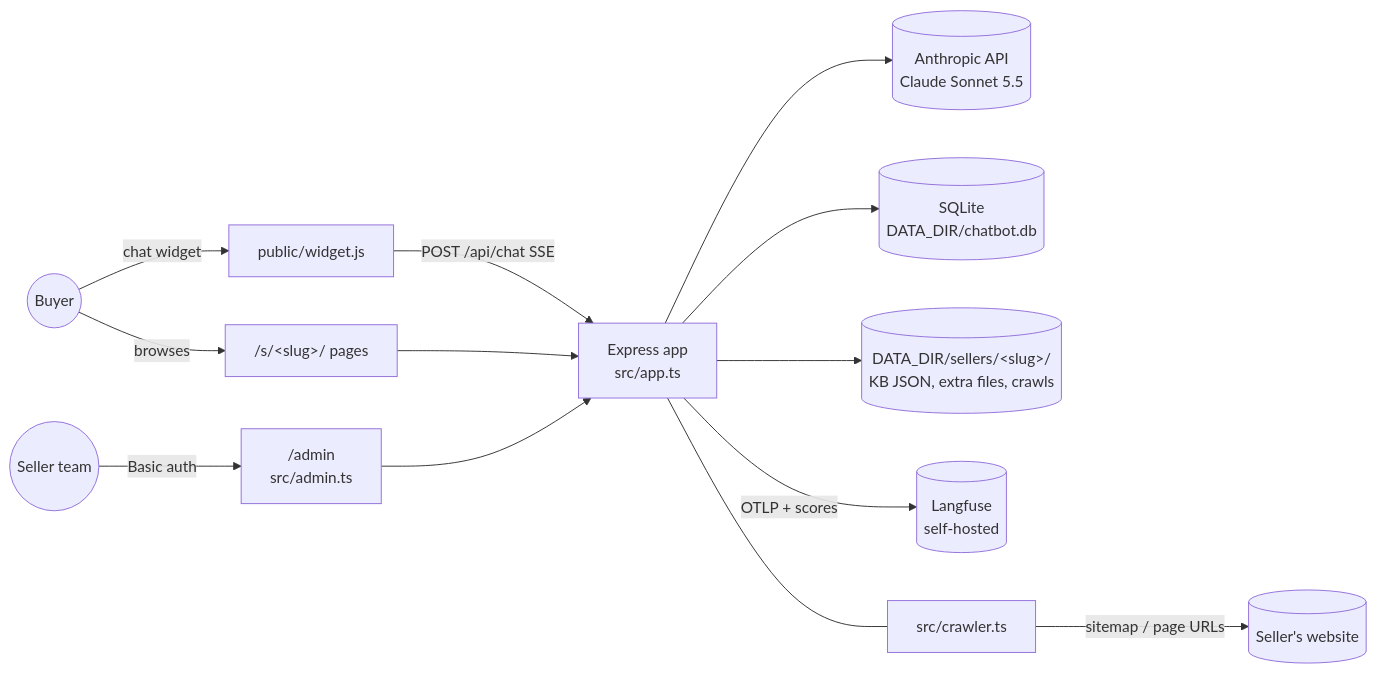
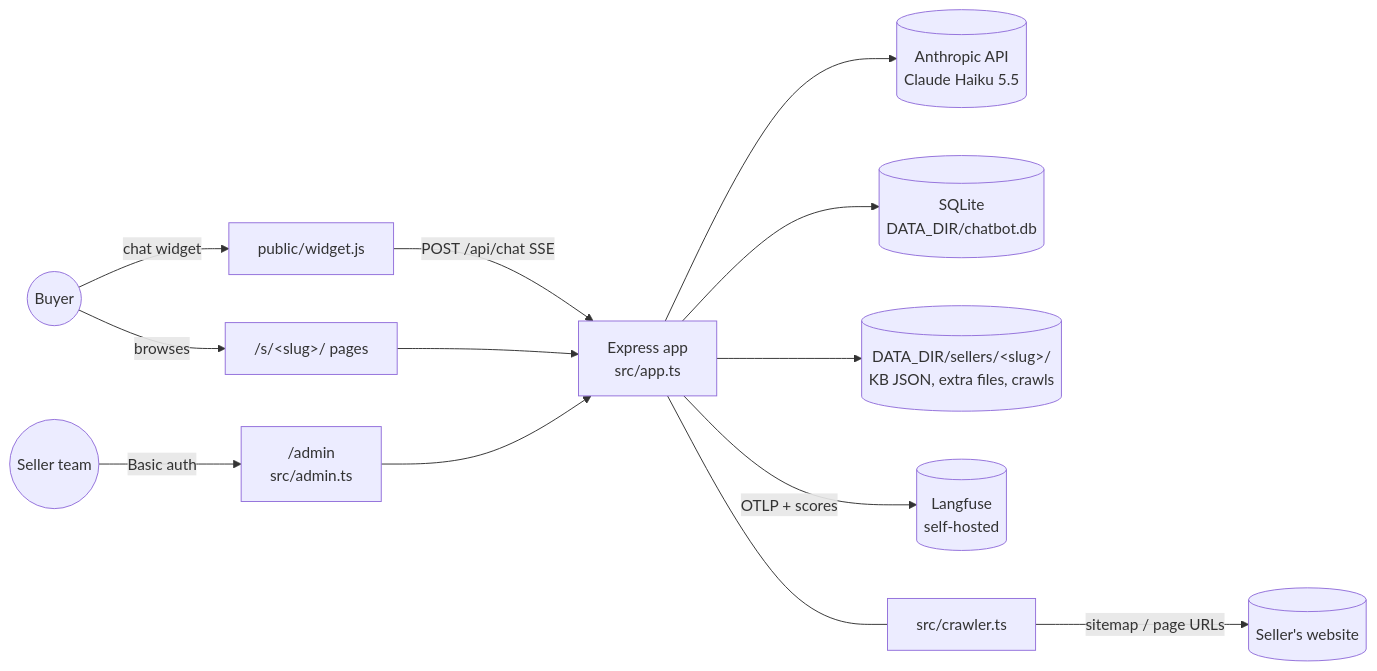
The first of 5 diagrams in docs/ARCHITECTURE.md (nitinsinghbalyan/chat-bot), drawn with Mermaid before and after one commit. The commit also changed other lines of this file and 11 other files, not shown here.

First line of the commit message:
Bot model: Claude Haiku 5.5 instead of Sonnet 5.5

````diff
--- a/docs/ARCHITECTURE.md
+++ b/docs/ARCHITECTURE.md
@@ -17,15 +17,15 @@
 ```mermaid
 flowchart LR
   Buyer((Buyer)) -->|chat widget| W[public/widget.js]
   Buyer -->|browses| Site["/s/&lt;slug&gt;/ pages"]
   W -->|POST /api/chat SSE| App[Express app<br/>src/app.ts]
   Site --> App
   Team((Seller team)) -->|Basic auth| Admin["/admin<br/>src/admin.ts"]
   Admin --> App
-  App --> Claude[(Anthropic API<br/>Claude Sonnet 5.5)]
+  App --> Claude[(Anthropic API<br/>Claude Haiku 5.5)]
   App --> DB[(SQLite<br/>DATA_DIR/chatbot.db)]
   App --> Disk[(DATA_DIR/sellers/&lt;slug&gt;/<br/>KB JSON, extra files, crawls)]
   App -->|OTLP + scores| LF[(Langfuse<br/>self-hosted)]
   Crawler[src/crawler.ts] -->|sitemap / page URLs| SellerSite[(Seller's website)]
   App --- Crawler
 ```
````
